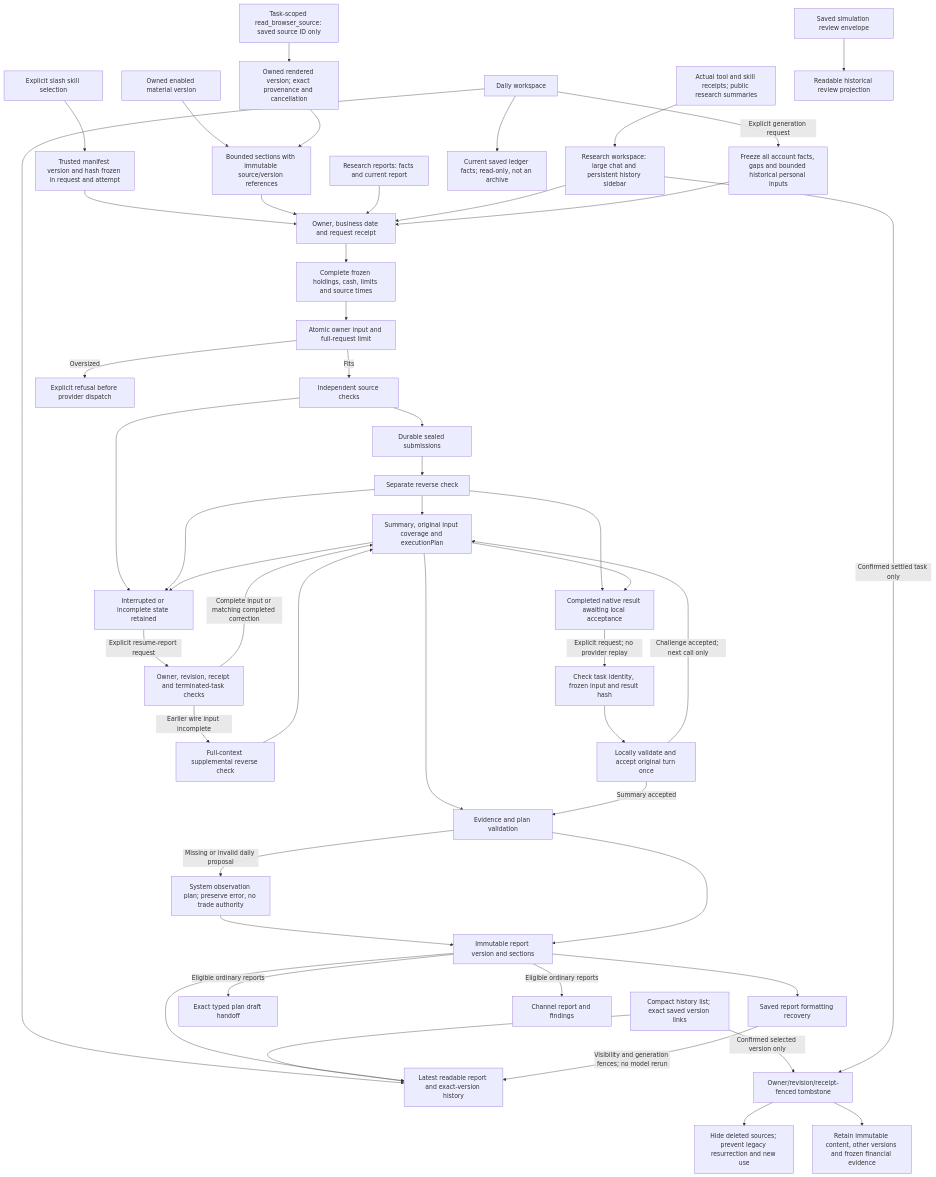
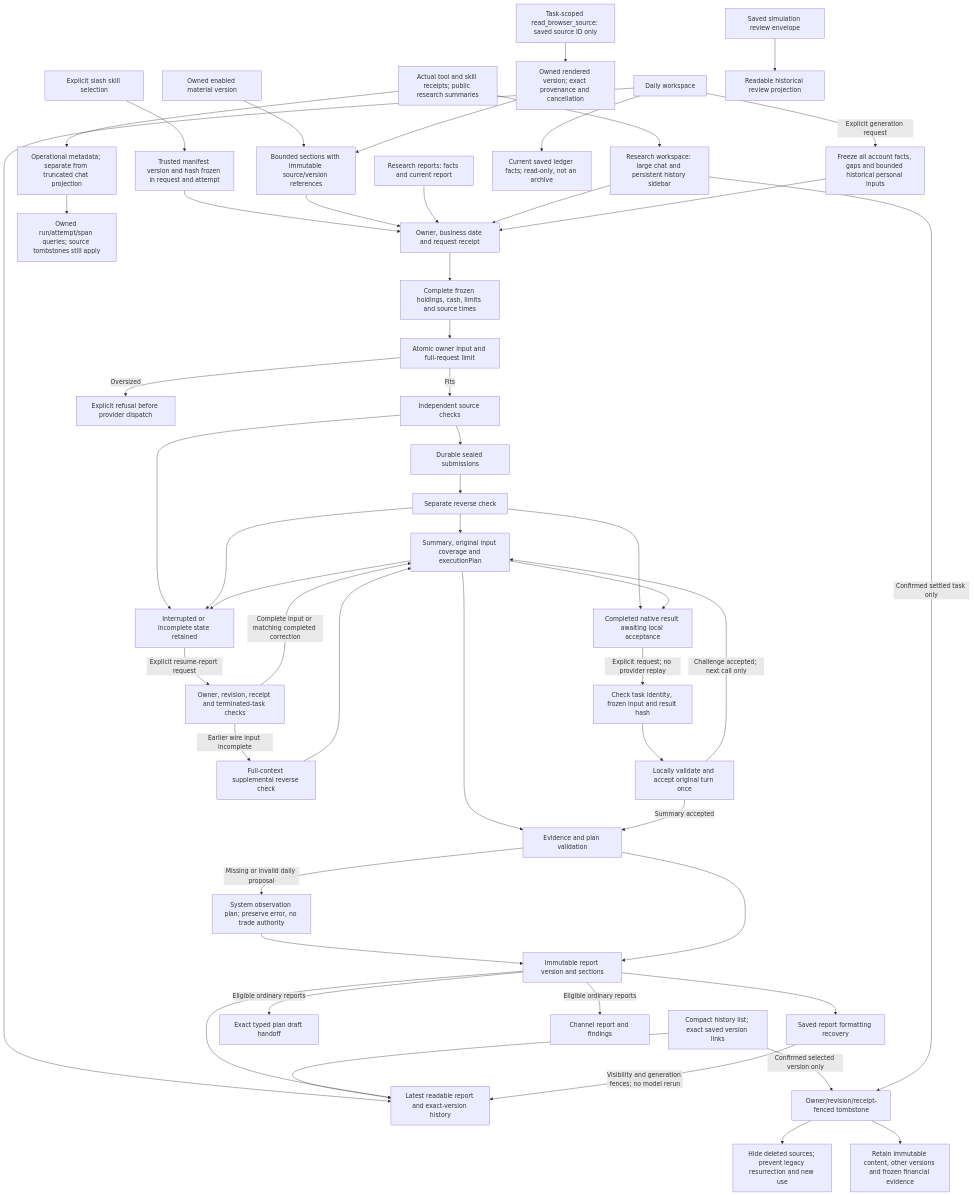
One commit to Lueyu/squabble changed the second of 5 diagrams in docs/architecture.md. Above: the diagram before and after it, drawn with Mermaid. The commit also changed other lines of this file and 65 other files, not shown here.

````diff
--- a/docs/architecture.md
+++ b/docs/architecture.md
@@ -107,51 +114,53 @@
 ```mermaid
 flowchart TD
     selectedSkill["Explicit slash skill selection"] --> skillPin["Trusted manifest version and hash frozen in request and attempt"]
     skillPin --> request
     material["Owned enabled material version"] --> materialPin["Bounded sections with immutable source/version references"]
     materialPin --> request
     browserTool["Task-scoped read_browser_source: saved source ID only"] --> browserVersion["Owned rendered version; exact provenance and cancellation"]
     browserVersion --> materialPin
     activity["Actual tool and skill receipts; public research summaries"] --> chat["Readable per-member chat activity"]
+    activity --> observed["Operational metadata; separate from truncated chat projection"]
+    observed --> telemetryRead["Owned run/attempt/span queries; source tombstones still apply"]
     today["Research reports: facts and current report"] --> request["Owner, business date and request receipt"]
     dailyWorkspace["Daily workspace"] --> dailyFacts["Current saved ledger facts; read-only, not an archive"]
     dailyWorkspace --> reading
     historyList["Compact history list; exact saved version links"] --> reading
     chat["Research workspace: large chat and persistent history sidebar"] --> request
     historyList -->|"Confirmed selected version only"| remove["Owner/revision/receipt-fenced tombstone"]
     chat -->|"Confirmed settled task only"| remove
     remove --> sourceFence["Hide deleted sources; prevent legacy resurrection and new use"]
     remove --> keep["Retain immutable content, other versions and frozen financial evidence"]
     dailyWorkspace -->|"Explicit generation request"| overallFacts["Freeze all account facts, gaps and bounded historical personal inputs"]
     overallFacts --> request
     request --> frozen["Complete frozen holdings, cash, limits and source times"]
     frozen --> fit["Atomic owner input and full-request limit"]
     fit -->|"Fits"| independent["Independent source checks"]
     fit -->|"Oversized"| refuse["Explicit refusal before provider dispatch"]
     independent --> sealed["Durable sealed submissions"]
     sealed --> reverse["Separate reverse check"]
     reverse --> summary["Summary, original input coverage and executionPlan"]
     summary --> validate["Evidence and plan validation"]
     validate -->|"Missing or invalid daily proposal"| observationPlan["System observation plan; preserve error, no trade authority"]
     observationPlan --> archive
     validate --> archive["Immutable report version and sections"]
     archive --> reading["Latest readable report and exact-version history"]
     archive --> saved["Saved report formatting recovery"]
     saved -->|"Visibility and generation fences; no model rerun"| reading
     review["Saved simulation review envelope"] --> reviewProjection["Readable historical review projection"]
     archive -->|"Eligible ordinary reports"| handoff["Exact typed plan draft handoff"]
     archive -->|"Eligible ordinary reports"| channelSource["Channel report and findings"]
     independent --> interrupted["Interrupted or incomplete state retained"]
     reverse --> interrupted
     summary --> interrupted
     reverse --> returned["Completed native result awaiting local acceptance"]
     summary --> returned
     returned -->|"Explicit request; no provider replay"| reparse["Check task identity, frozen input and result hash"]
     reparse --> accept["Locally validate and accept original turn once"]
     accept -->|"Challenge accepted; next call only"| summary
     accept -->|"Summary accepted"| validate
     interrupted -->|"Explicit resume-report request"| resume["Owner, revision, receipt and terminated-task checks"]
     resume -->|"Earlier wire input incomplete"| correction["Full-context supplemental reverse check"]
     correction --> summary
     resume -->|"Complete input or matching completed correction"| summary
 ```
````
